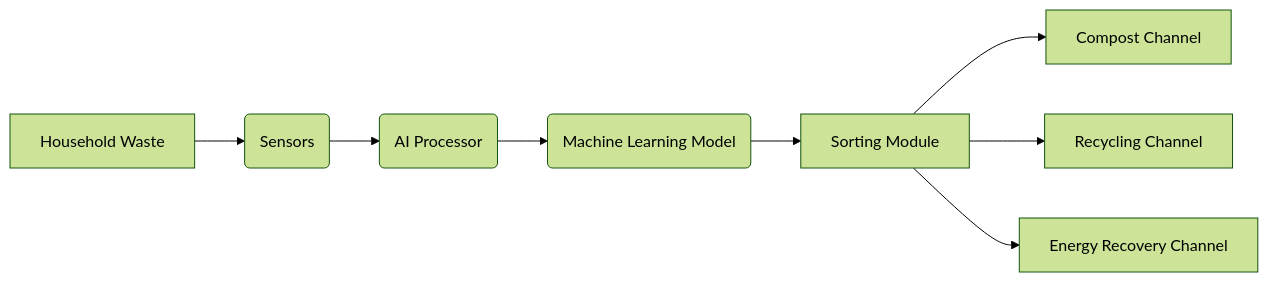
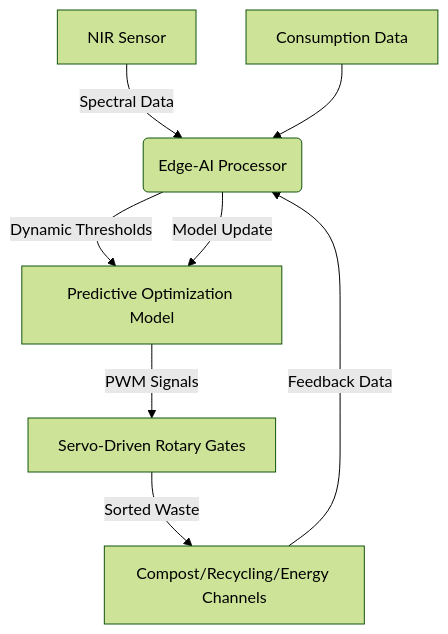
The diagram in inventions/inv_adaptive_resource_optimized_tool_network_arotn_96953.md (shawnhvac/agentworld-prior-art), drawn with Mermaid (forest theme) before and after one commit. The commit also changed other lines of this file and 131 other files, not shown here.

````diff
--- a/inventions/inv_adaptive_resource_optimized_tool_network_arotn_96953.md
+++ b/inventions/inv_adaptive_resource_optimized_tool_network_arotn_96953.md
@@ -47,10 +49,10 @@
 ```mermaid
-graph LR
-A[Household Waste] --> B(Sensors)
-B --> C(AI Processor)
-C --> D(Machine Learning Model)
-D --> E[Sorting Module]
-E --> F[Compost Channel]
-E --> G[Recycling Channel]
-E --> H[Energy Recovery Channel]
+graph TD
+    A[NIR Sensor] -->|Spectral Data| B(Edge-AI Processor)
+    C[Consumption Data] --> B
+    B -->|Dynamic Thresholds| D[Predictive Optimization Model]
+    D -->|PWM Signals| E[Servo-Driven Rotary Gates]
+    E -->|Sorted Waste| F[Compost/Recycling/Energy Channels]
+    F -->|Feedback Data| B
+    B -->|Model Update| D
 ```
````
